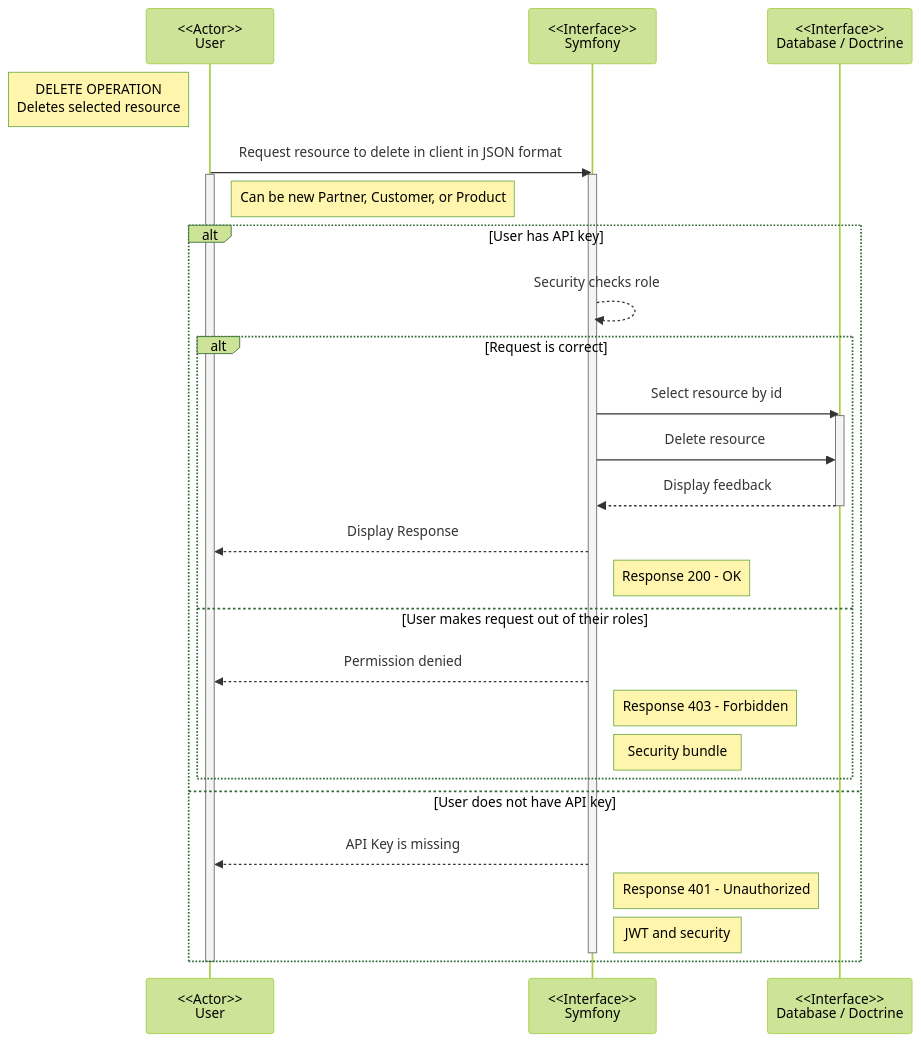
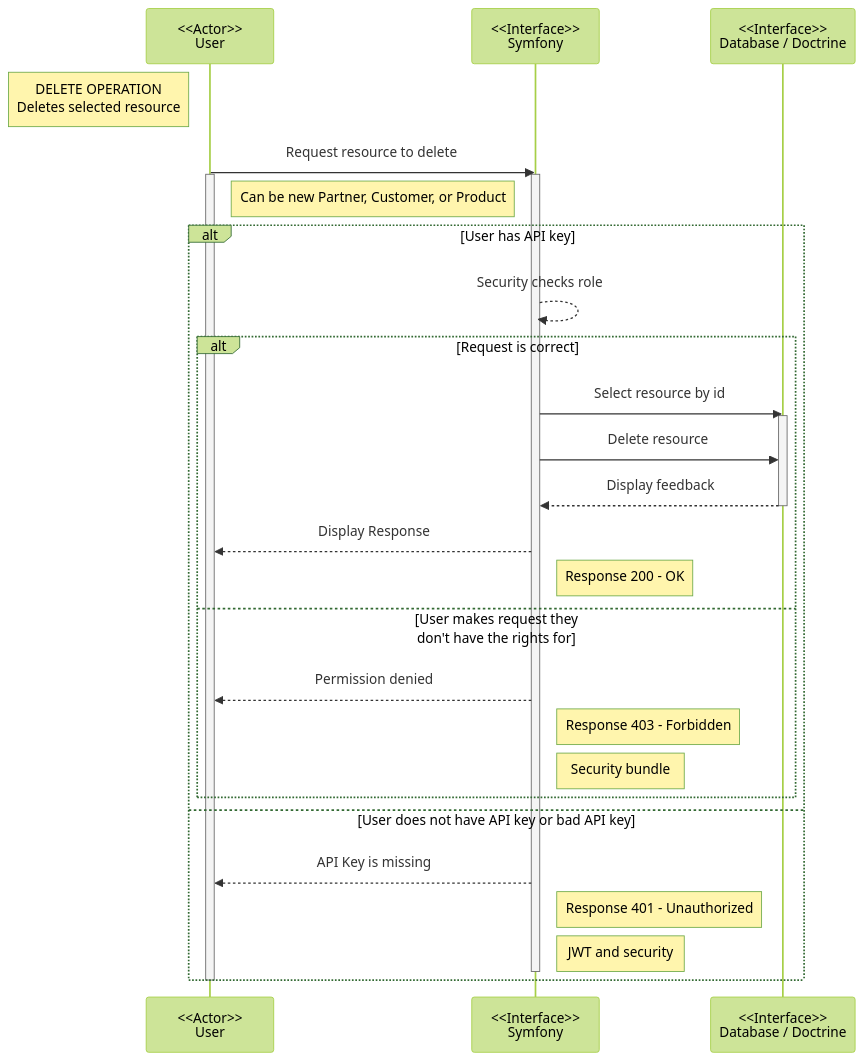
The diagram in doc/diagrams/sequence_delete-operations.md (Palingenae/OC-P7-BileMo), drawn with Mermaid (forest theme) before and after one commit.

Commit message:
fix: RF, grammar and syntax

````diff
--- a/doc/diagrams/sequence_delete-operations.md
+++ b/doc/diagrams/sequence_delete-operations.md
@@ -1,34 +1,34 @@
 ```mermaid
     sequenceDiagram
     participant U as <<Actor>><br/>User
     participant S as <<Interface>><br/>Symfony
     participant D as <<Interface>><br/>Database / Doctrine
 
     note left of U: DELETE OPERATION<br/>Deletes selected resource
-    U ->> S: Request resource to delete in client in JSON format
+    U ->> S: Request resource to delete
     activate U
     activate S
     note right of U: Can be new Partner, Customer, or Product
     alt User has API key
         S -->> S: Security checks role
         alt Request is correct
             S ->> D: Select resource by id
             activate D
             S ->> D: Delete resource
             D -->> S: Display feedback
             deactivate D
             S -->> U: Display Response
             note right of S: Response 200 - OK
-        else User makes request out of their roles
+        else User makes request they don't have the rights for
             S -->> U: Permission denied
             note right of S: Response 403 - Forbidden
             note right of S: Security bundle
         end
-    else User does not have API key
+    else User does not have API key or bad API key
         S -->> U: API Key is missing
         note right of S: Response 401 - Unauthorized
         note right of S: JWT and security
         deactivate S
     end
     deactivate U
 ```
````
